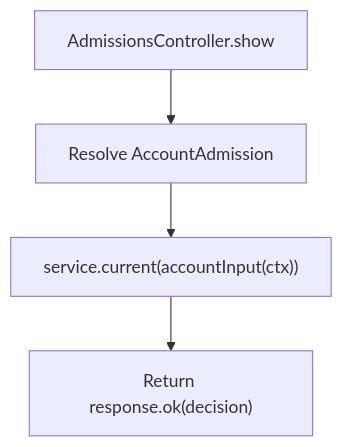
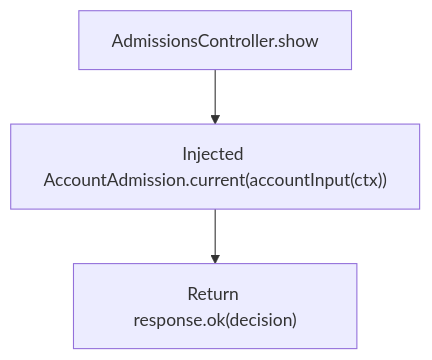
One commit to Kevinjohn/oss-adonisjs-starter-examples changed the second of 2 diagrams in user-stories/api/us-api-14-read-admission.md. Above: the diagram before and after it, drawn with Mermaid. The commit also changed other lines of this file and 16 other files, not shown here.

Commit message:
Inject the API starter admission service

````diff
--- a/user-stories/api/us-api-14-read-admission.md
+++ b/user-stories/api/us-api-14-read-admission.md
@@ -31,6 +31,5 @@
 ```mermaid
 flowchart TD
-    A["AdmissionsController.show"] --> B["Resolve AccountAdmission"]
-    B --> C["service.current(accountInput(ctx))"]
-    C --> D["Return response.ok(decision)"]
+    A["AdmissionsController.show"] --> B["Injected AccountAdmission.current(accountInput(ctx))"]
+    B --> C["Return response.ok(decision)"]
 ```
````
